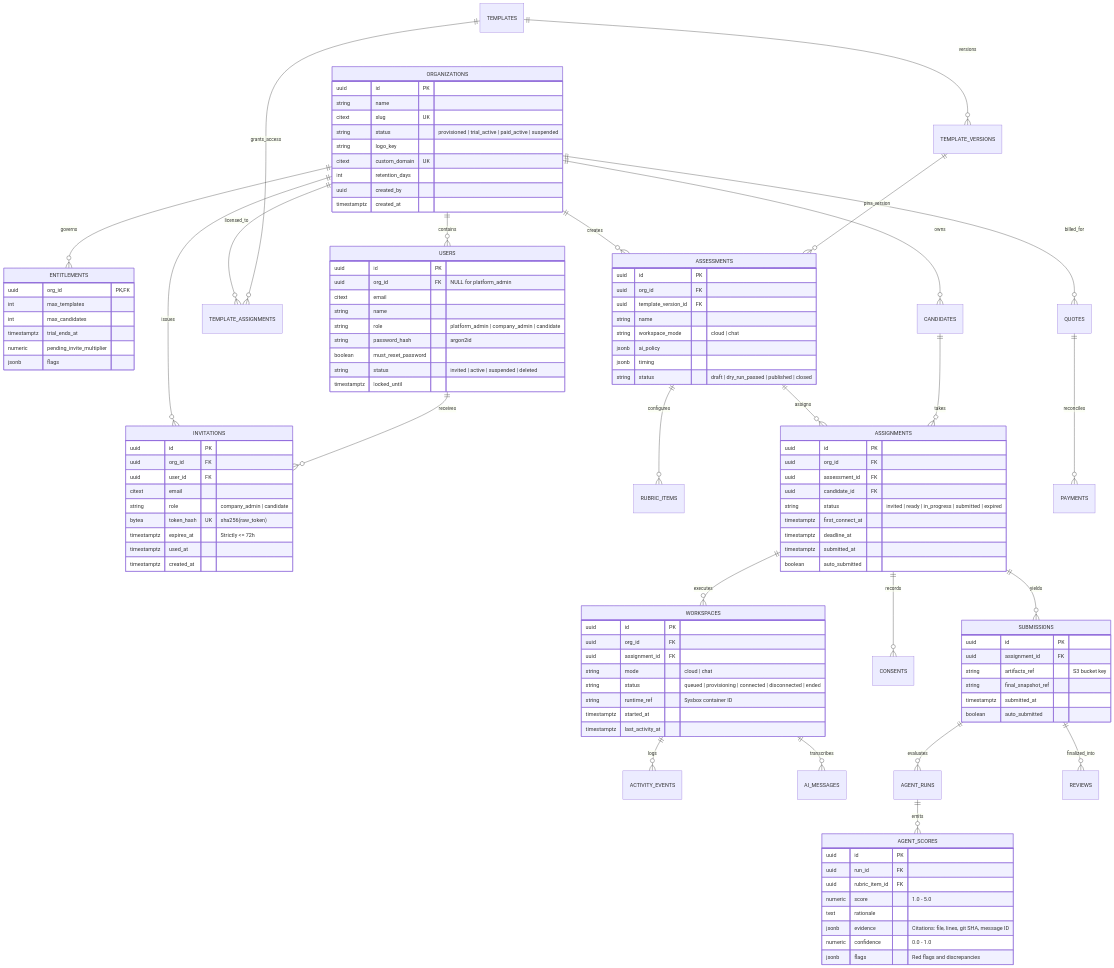
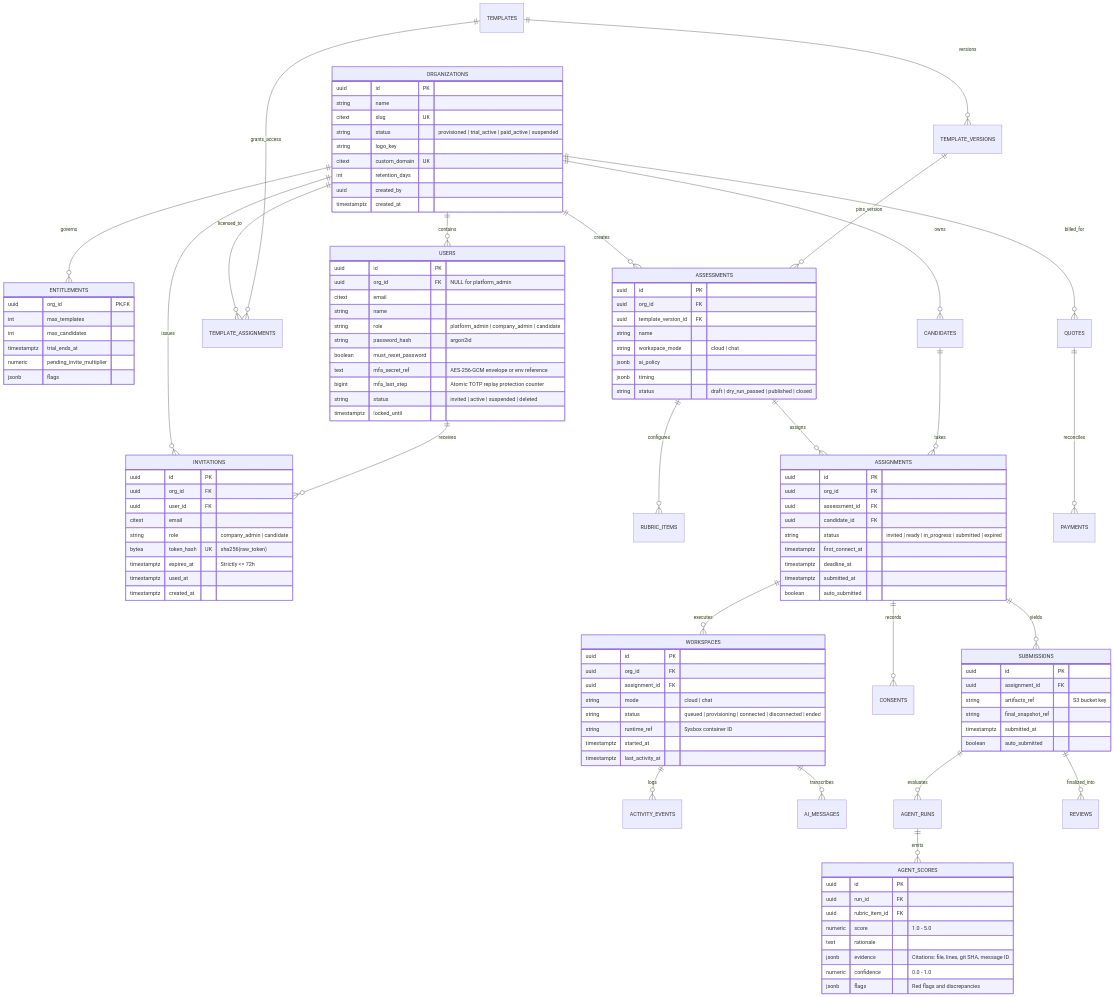
One commit to infinitica-org/hellosmart changed the diagram in apps/docs/content/docs/database/db-visualization.mdx. Above: the diagram before and after it, drawn with Mermaid. The commit also changed other lines of this file and 40 other files, not shown here.

```diff
--- a/apps/docs/content/docs/database/db-visualization.mdx
+++ b/apps/docs/content/docs/database/db-visualization.mdx
@@ -75,6 +75,8 @@
         string role "platform_admin | company_admin | candidate"
         string password_hash "argon2id"
         boolean must_reset_password
+        text mfa_secret_ref "AES-256-GCM envelope or env reference"
+        bigint mfa_last_step "Atomic TOTP replay protection counter"
         string status "invited | active | suspended | deleted"
         timestamptz locked_until
     }
```
